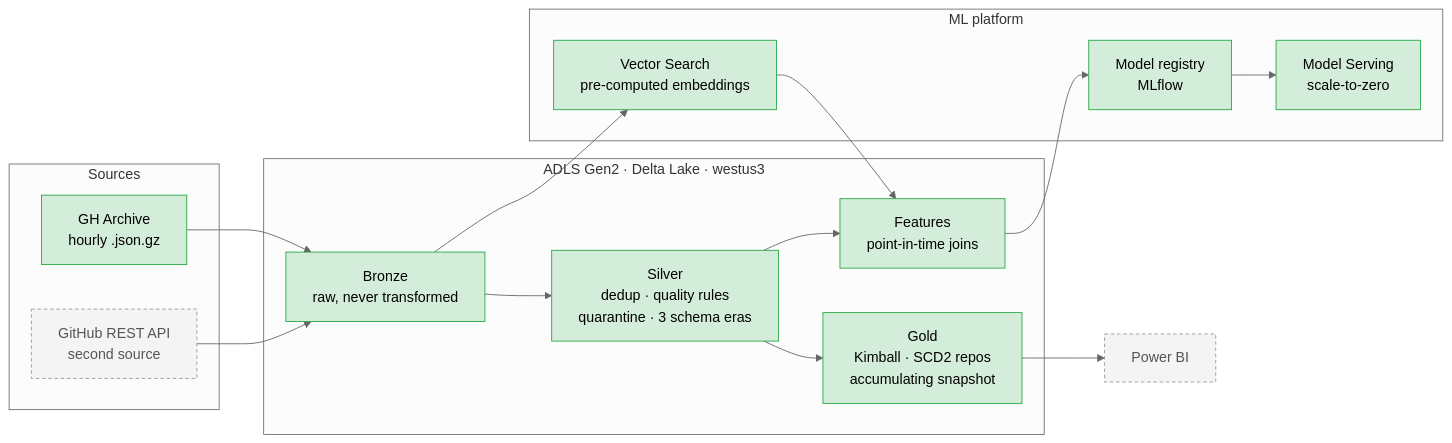
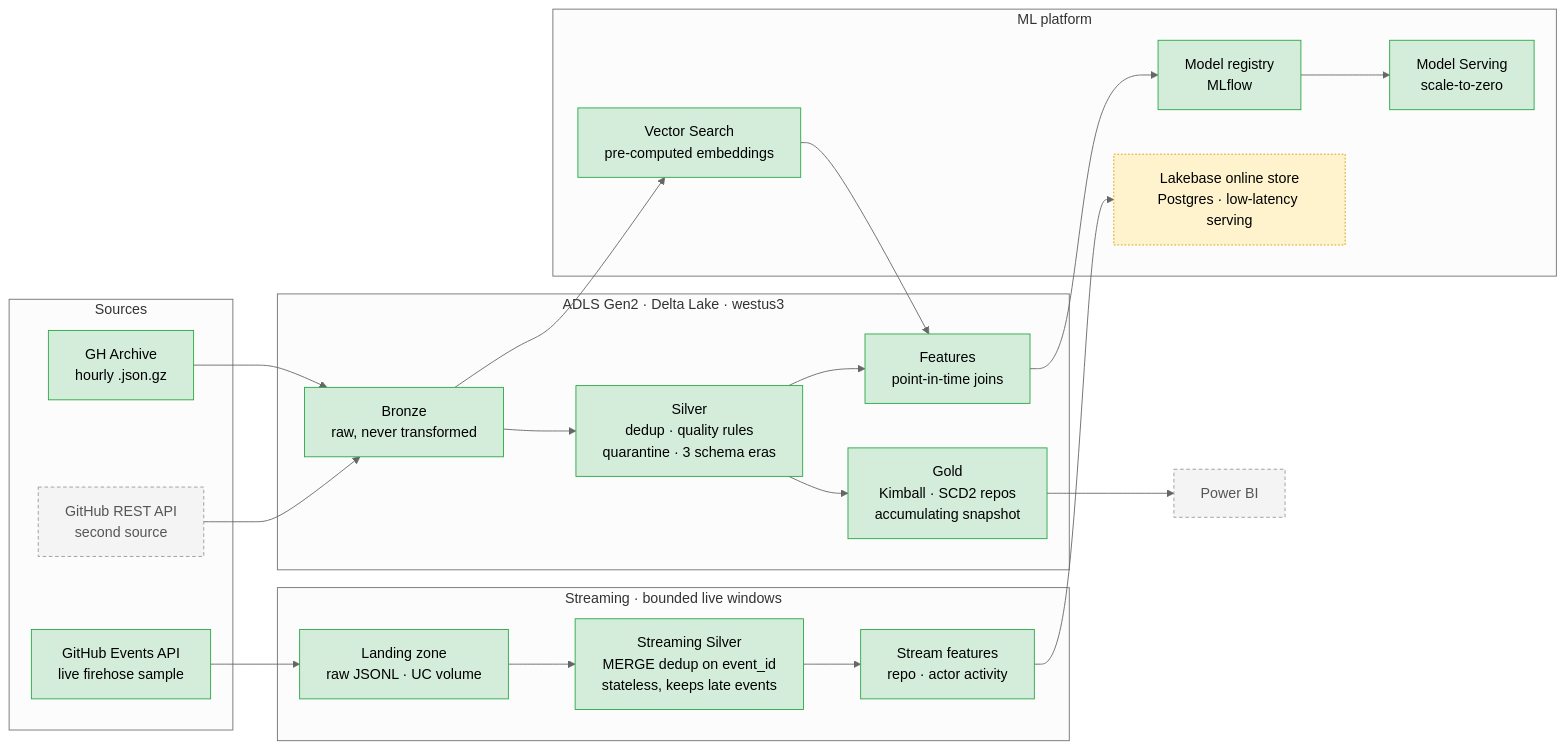
The diagram in README.md (bsreecharanreddy/almanac), drawn with Mermaid (neutral theme) before and after one commit. The commit also changed other lines of this file and 1 other file, not shown here.

````diff
--- a/README.md
+++ b/README.md
@@ -149,35 +182,46 @@
 ```mermaid
 flowchart LR
   subgraph src[Sources]
     GHA[GH Archive<br/>hourly .json.gz]
     API[GitHub REST API<br/>second source]
+    EV[GitHub Events API<br/>live firehose sample]
   end
 
   subgraph lake[ADLS Gen2 · Delta Lake · westus3]
     B[Bronze<br/>raw, never transformed]
     S[Silver<br/>dedup · quality rules<br/>quarantine · 3 schema eras]
     G[Gold<br/>Kimball · SCD2 repos<br/>accumulating snapshot]
     F[Features<br/>point-in-time joins]
   end
 
+  subgraph stream[Streaming · bounded live windows]
+    L[Landing zone<br/>raw JSONL · UC volume]
+    SS[Streaming Silver<br/>MERGE dedup on event_id<br/>stateless, keeps late events]
+    SF[Stream features<br/>repo · actor activity]
+  end
+
   subgraph ml[ML platform]
     R[Model registry<br/>MLflow]
     E[Model Serving<br/>scale-to-zero]
     V[Vector Search<br/>pre-computed embeddings]
+    O[Lakebase online store<br/>Postgres · low-latency serving]
   end
 
   GHA --> B
   API --> B
   B --> S
   S --> G
   S --> F
   G --> BI[Power BI]
   F --> R --> E
   B --> V
   V --> F
+  EV --> L --> SS --> SF --> O
 
   classDef done fill:#d4edda,stroke:#28a745,color:#000
   classDef todo fill:#f4f4f4,stroke:#999,color:#555,stroke-dasharray:4 3
-  class GHA,B,S,G,F,R,E,V done
+  classDef gone fill:#fff3cd,stroke:#d39e00,color:#000,stroke-dasharray:2 2
+  class GHA,B,S,G,F,R,E,V,EV,L,SS,SF done
   class API,BI todo
+  class O gone
 ```
````
